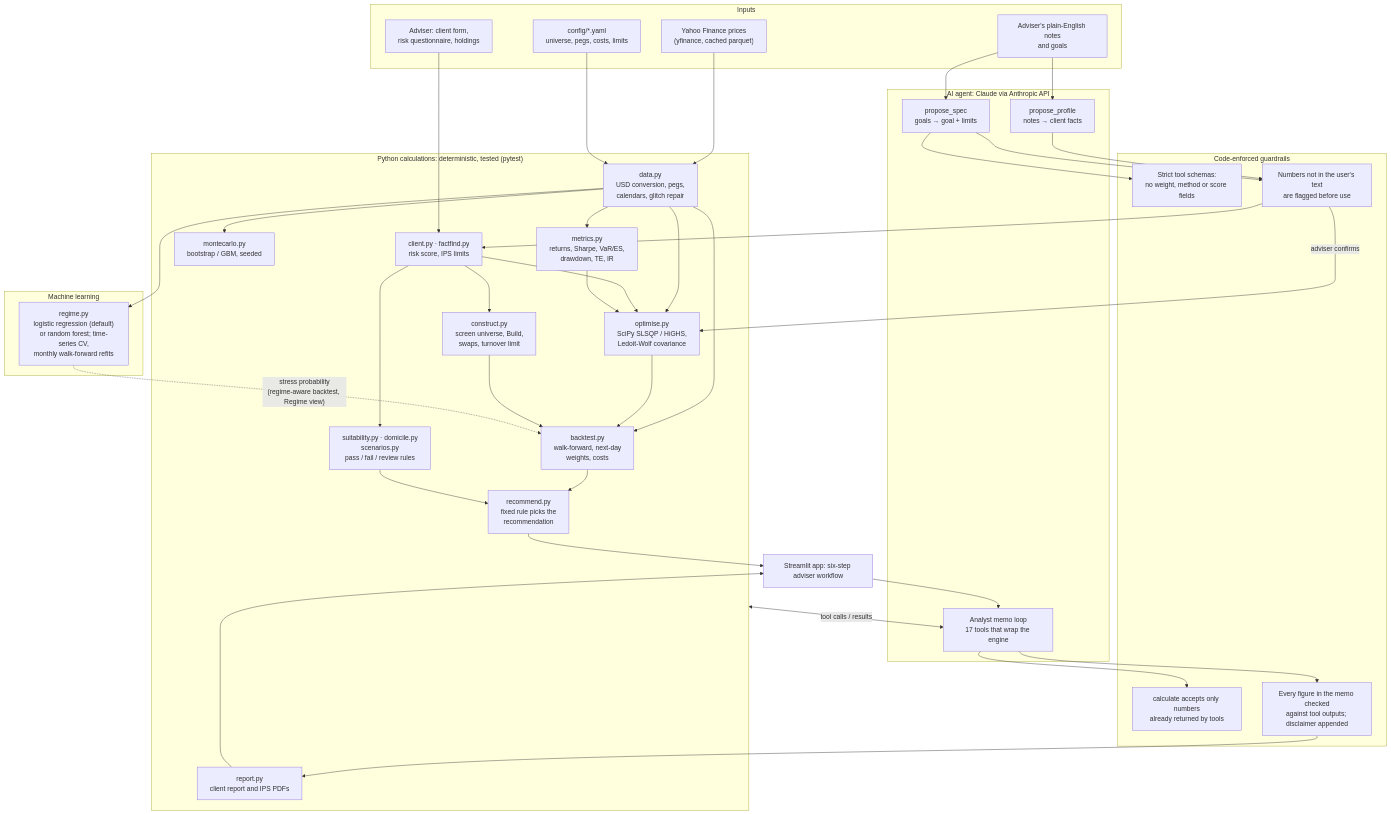
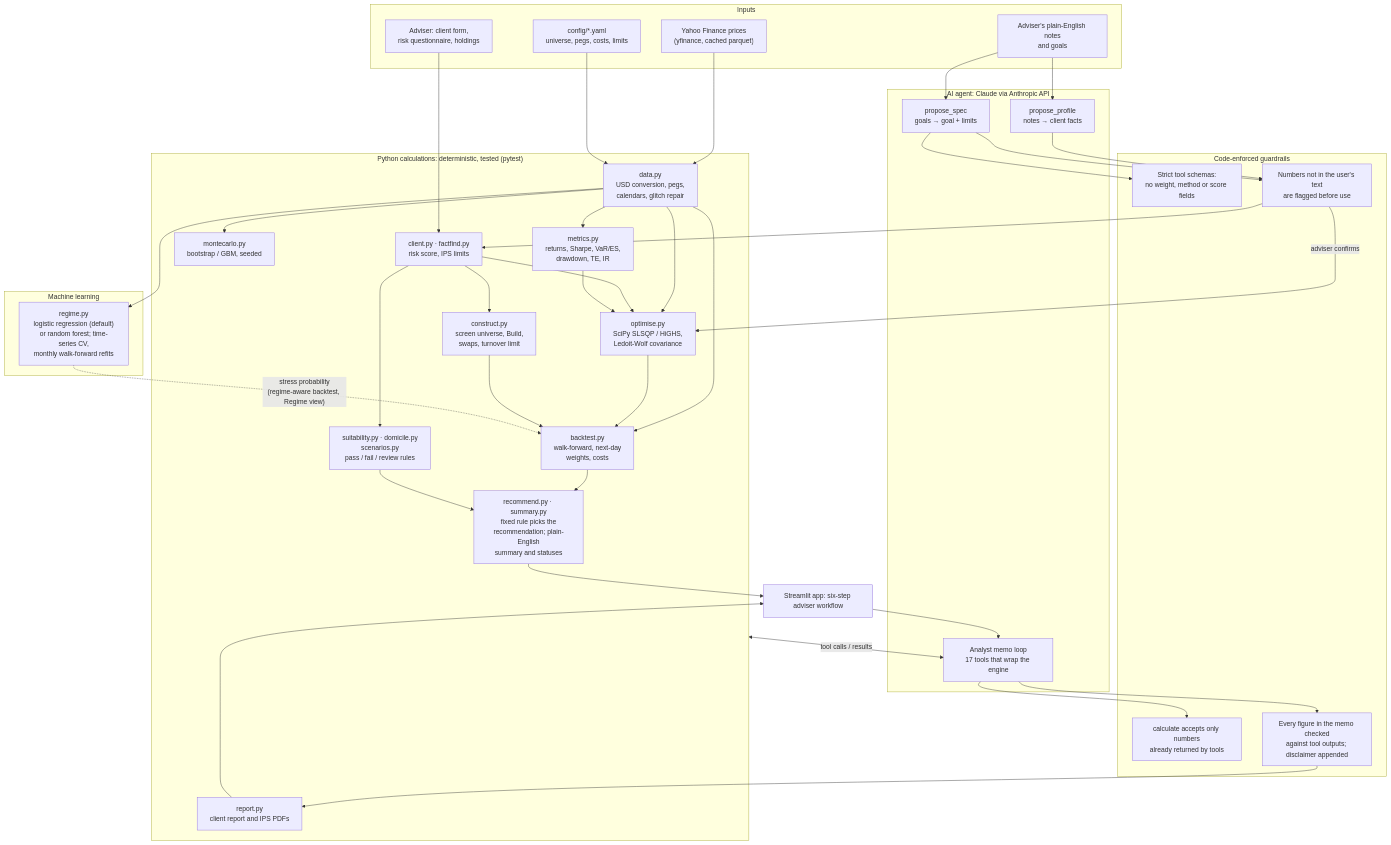
The diagram in ARCHITECTURE.md (omarnaser16/gulf-portfolio-lab), drawn with Mermaid before and after one commit. The commit also changed other lines of this file and 5 other files, not shown here.

Commit message:
docs: Build rule, turnover limit, policy benchmark and the clearer results in README, methodology, architecture, screenshots and progress log

````diff
--- a/ARCHITECTURE.md
+++ b/ARCHITECTURE.md
@@ -13,65 +13,65 @@
 ```mermaid
 flowchart TB
     subgraph IN["Inputs"]
         YF["Yahoo Finance prices<br/>(yfinance, cached parquet)"]
         CFG["config/*.yaml<br/>universe, pegs, costs, limits"]
         ADV["Adviser: client form,<br/>risk questionnaire, holdings"]
         NOTES["Adviser's plain-English notes<br/>and goals"]
     end
 
     subgraph PY["Python calculations: deterministic, tested (pytest)"]
         DATA["data.py<br/>USD conversion, pegs,<br/>calendars, glitch repair"]
         MET["metrics.py<br/>returns, Sharpe, VaR/ES,<br/>drawdown, TE, IR"]
         OPT["optimise.py<br/>SciPy SLSQP / HiGHS,<br/>Ledoit-Wolf covariance"]
         CON["construct.py<br/>screen universe, Build,<br/>swaps, turnover limit"]
         BT["backtest.py<br/>walk-forward, next-day<br/>weights, costs"]
         MC["montecarlo.py<br/>bootstrap / GBM, seeded"]
         CLI["client.py · factfind.py<br/>risk score, IPS limits"]
         SUIT["suitability.py · domicile.py<br/>scenarios.py<br/>pass / fail / review rules"]
-        REC["recommend.py<br/>fixed rule picks the<br/>recommendation"]
+        REC["recommend.py · summary.py<br/>fixed rule picks the<br/>recommendation; plain-English<br/>summary and statuses"]
         REP["report.py<br/>client report and IPS PDFs"]
     end
 
     subgraph ML["Machine learning"]
         REG["regime.py<br/>logistic regression (default)<br/>or random forest; time-series CV,<br/>monthly walk-forward refits"]
     end
 
     subgraph AI["AI agent: Claude via Anthropic API"]
         PROF["propose_profile<br/>notes → client facts"]
         SPEC["propose_spec<br/>goals → goal + limits"]
         ANA["Analyst memo loop<br/>17 tools that wrap the engine"]
     end
 
     subgraph GUARD["Code-enforced guardrails"]
         G1["Strict tool schemas:<br/>no weight, method or score fields"]
         G2["Numbers not in the user's text<br/>are flagged before use"]
         G3["calculate accepts only numbers<br/>already returned by tools"]
         G4["Every figure in the memo checked<br/>against tool outputs; disclaimer appended"]
     end
 
     UI["Streamlit app: six-step adviser workflow"]
 
     YF --> DATA
     CFG --> DATA
     DATA --> MET & OPT & BT & MC & REG
     ADV --> CLI
     CLI --> SUIT & OPT & CON
     MET --> OPT --> BT
     CON --> BT
     BT --> REC
     SUIT --> REC
     REG -. "stress probability<br/>(regime-aware backtest, Regime view)" .-> BT
 
     NOTES --> PROF & SPEC
     PROF --> G2 --> CLI
     SPEC --> G1
     SPEC --> G2
     G2 -- "adviser confirms" --> OPT
     ANA <-- "tool calls / results" --> PY
     ANA --> G3
     ANA --> G4 --> REP
 
     REC --> UI
     REP --> UI
     UI --> ANA
 ```
````
